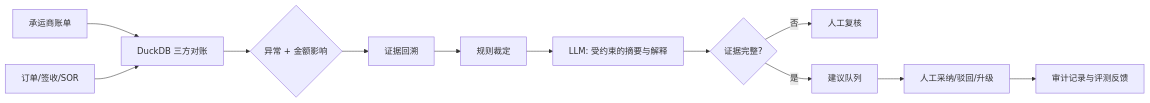
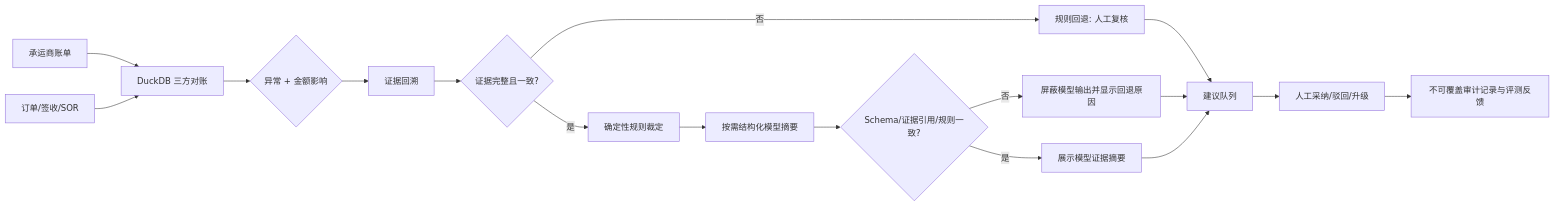
The diagram in docs/ai-pm/CONTROLLED_WORKFLOW.md (Martin-cell-blip/logistics-settlement-recon), drawn with Mermaid before and after one commit. The commit also changed other lines of this file and 20 other files, not shown here.

````diff
--- a/docs/ai-pm/CONTROLLED_WORKFLOW.md
+++ b/docs/ai-pm/CONTROLLED_WORKFLOW.md
@@ -3,14 +3,19 @@
 ```mermaid
 flowchart LR
     A[承运商账单] --> B[DuckDB 三方对账]
     C[订单/签收/SOR] --> B
     B --> D{异常 + 金额影响}
     D --> E[证据回溯]
-    E --> F[规则裁定]
-    F --> G[LLM: 受约束的摘要与解释]
-    G --> H{证据完整?}
-    H -- 否 --> I[人工复核]
-    H -- 是 --> J[建议队列]
+    E --> F{证据完整且一致?}
+    F -- 否 --> I[规则回退: 人工复核]
+    F -- 是 --> G[确定性规则裁定]
+    G --> H[按需结构化模型摘要]
+    H --> M{Schema/证据引用/规则一致?}
+    M -- 否 --> N[屏蔽模型输出并显示回退原因]
+    M -- 是 --> O[展示模型证据摘要]
+    I --> J[建议队列]
+    N --> J
+    O --> J
     J --> K[人工采纳/驳回/升级]
-    K --> L[审计记录与评测反馈]
+    K --> L[不可覆盖审计记录与评测反馈]
 ```
````
